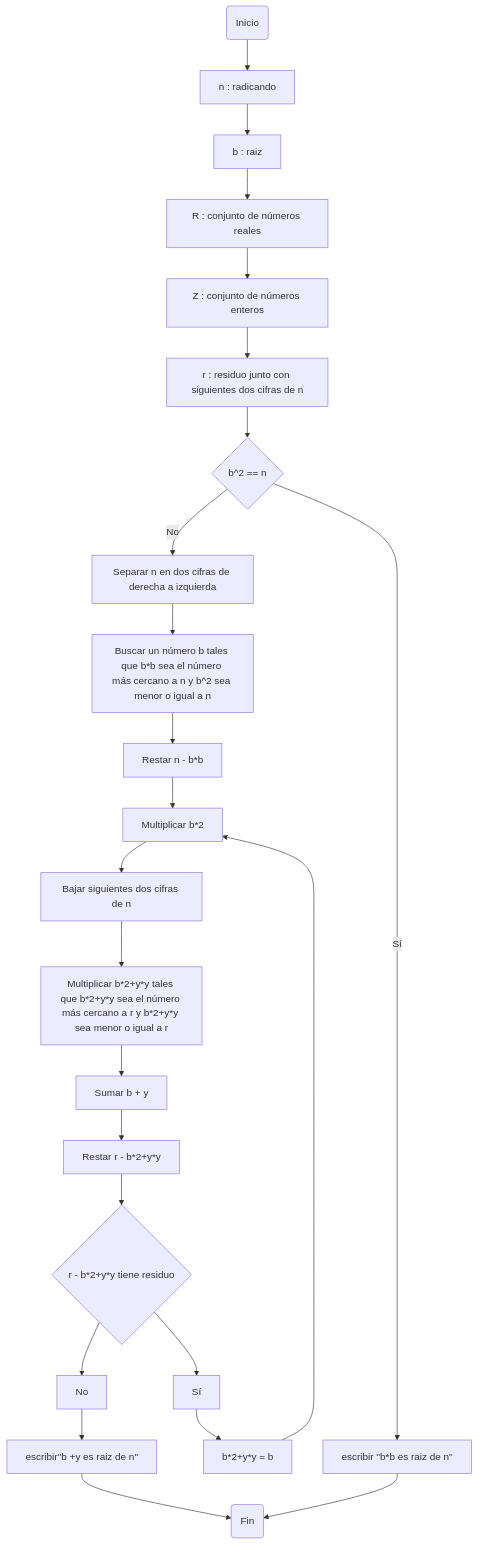
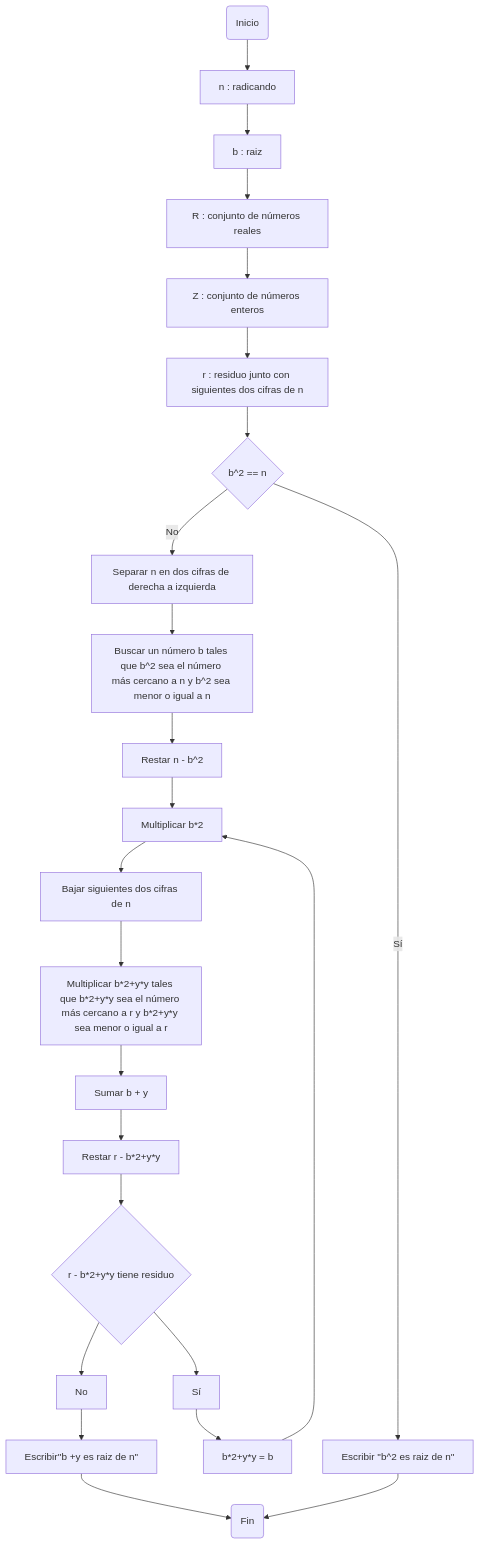
The second of 2 diagrams in README.md (JuanJoToAl/Reto-no.3), drawn with Mermaid before and after one commit. The commit also changed other lines of this file, not shown here.

````diff
--- a/README.md
+++ b/README.md
@@ -92,24 +92,24 @@
 ```mermaid
 flowchart TD;
     A(Inicio) --> B[n : radicando];
     B-->C;
     C[b : raiz] --> D[ R : conjunto de números reales];
     D-->E;
     E[Z : conjunto de números enteros]--> F[r : residuo junto con siguientes dos cifras de n];
     F --> G;
-    G{b^2 == n}-- Sí --> H[escribir ''b*b es raiz de n''];
+    G{b^2 == n}-- Sí --> H[Escribir ''b^2 es raiz de n''];
     G-- No --> I[Separar n en dos cifras de derecha a izquierda];
     I-->J;
-    J[Buscar un número b tales que b*b sea el número más cercano a n y b^2 sea menor o igual a n]--> K[Restar n - b*b];
+    J[Buscar un número b tales que b^2 sea el número más cercano a n y b^2 sea menor o igual a n]--> K[Restar n - b^2];
     K-->L;
     L[Multiplicar b*2]--> M[Bajar siguientes dos cifras de n];
     M-->N;
     N[Multiplicar b*2+y*y tales que b*2+y*y sea el número más cercano a r y b*2+y*y sea menor o igual a r]-->O[Sumar b + y];
     O-->P;
     P[Restar r - b*2+y*y]-->Q{r - b*2+y*y tiene residuo}--> Sí --> S[b*2+y*y = b];
-    Q--> No --> T[escribir''b +y es raiz de n''];
+    Q--> No --> T[Escribir''b +y es raiz de n''];
     S-->L
     T-->V;
     H-->V;
     V(Fin);
 ```
````
